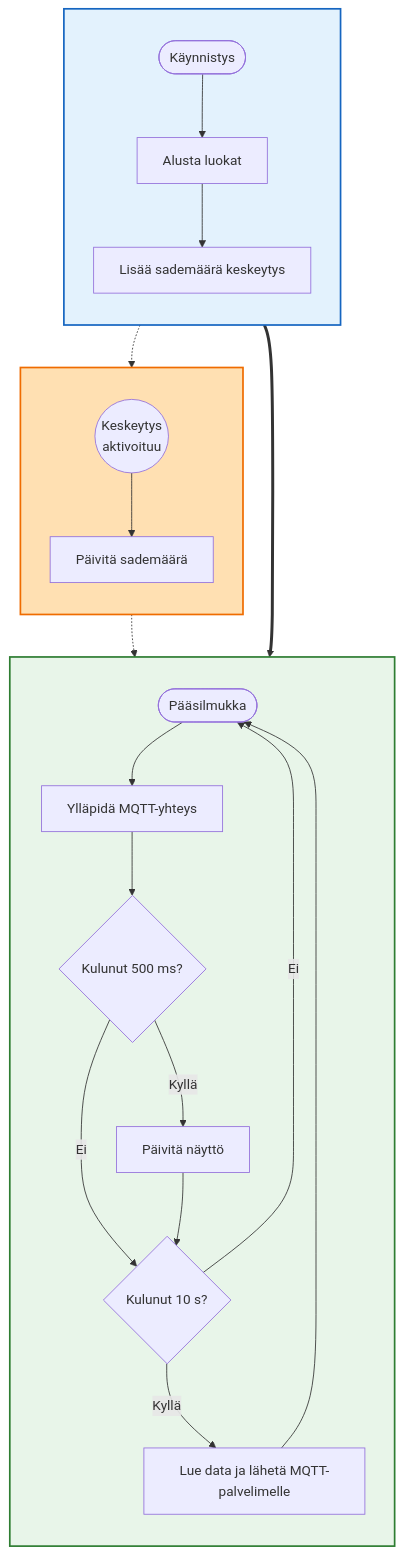
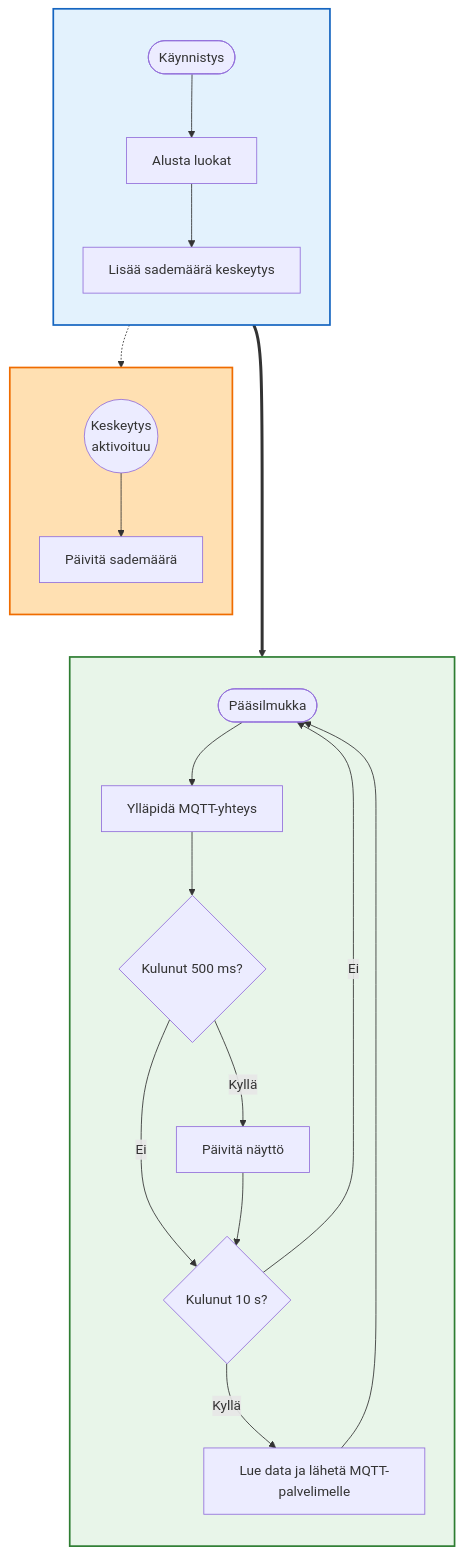
Before and after one commit to Ossi05/arduino-weather-station: the diagram in README.md, drawn with Mermaid.

Commit message:
Remove connection from I2 to L6 in README
Removed a connection from I2 to L6 in the diagram.

````diff
--- a/README.md
+++ b/README.md
@@ -5,42 +5,41 @@
 ```mermaid
 flowchart TD
     %% ALUSTUS (Laatikko 1)
     subgraph Alustus [" "]
         direction TB
         S1([Käynnistys]) --> S2[Alusta luokat]
         S2 --> S3[Lisää sademäärä keskeytys]
     end
 
     %% PÄÄOHJELMA (Laatikko 2)
     subgraph Paaohjelma [" "]
         direction TB
         L1([Pääsilmukka]) --> L2[Ylläpidä MQTT-yhteys]
         
         L2 --> L3{Kulunut 500 ms?}
         L3 -- Kyllä --> L4[Päivitä näyttö]
         L3 -- Ei ---> L5{Kulunut 10 s?}
         L4 --> L5
         
         L5 -- Kyllä --> L6[Lue data ja lähetä MQTT-palvelimelle]
         L5 -- Ei ---> L1
         L6 --> L1
     end
 
     %% KESKEYTYS (Laatikko 3)
     subgraph Keskeytys [" "]
         direction TB
         I1((Keskeytys<br>aktivoituu)) --> I2[Päivitä sademäärä]
     end
 
     %% Yhteydet lohkojen välillä
     S3 ===> L1
 
     %% Sivuttaiset yhteydet
     S3 -.-> I1
-    I2 -.-> L6
 
     %% Laatikoiden tyylittely
     style Alustus fill:#E3F2FD,stroke:#1565C0,stroke-width:2px
     style Paaohjelma fill:#E8F5E9,stroke:#2E7D32,stroke-width:2px
     style Keskeytys fill:#FFE0B2,stroke:#EF6C00,stroke-width:2px
 ```
````
